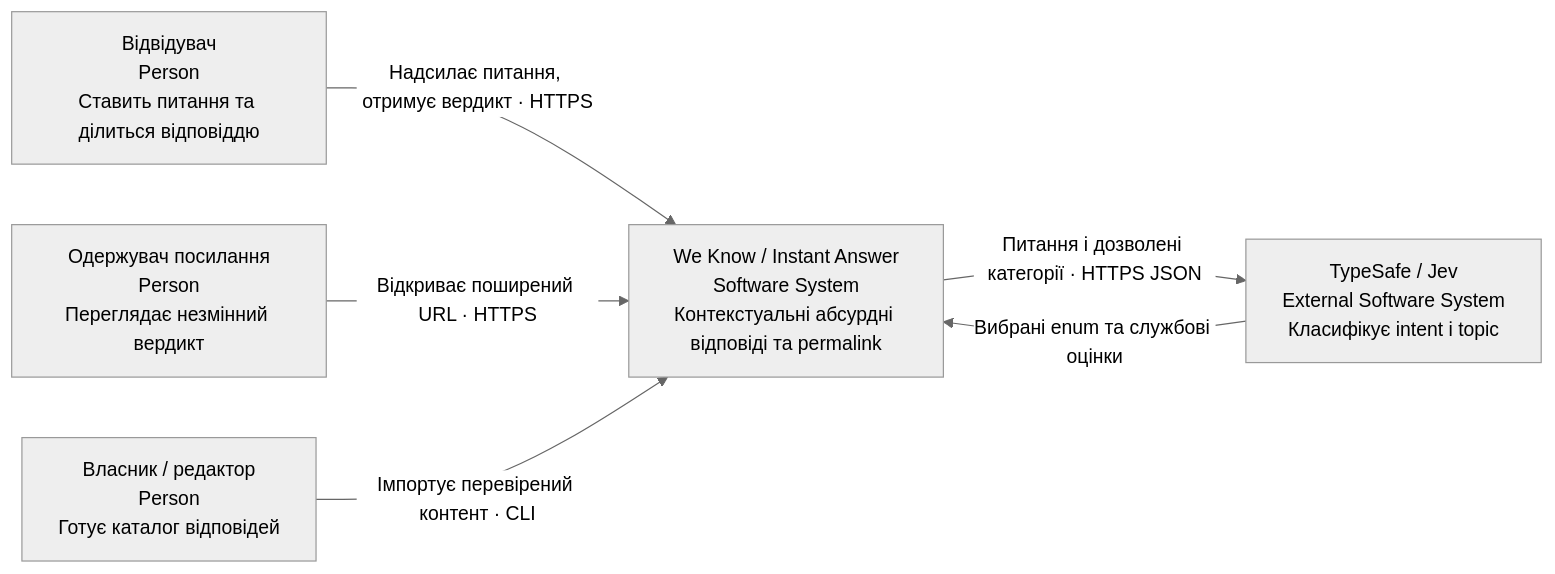
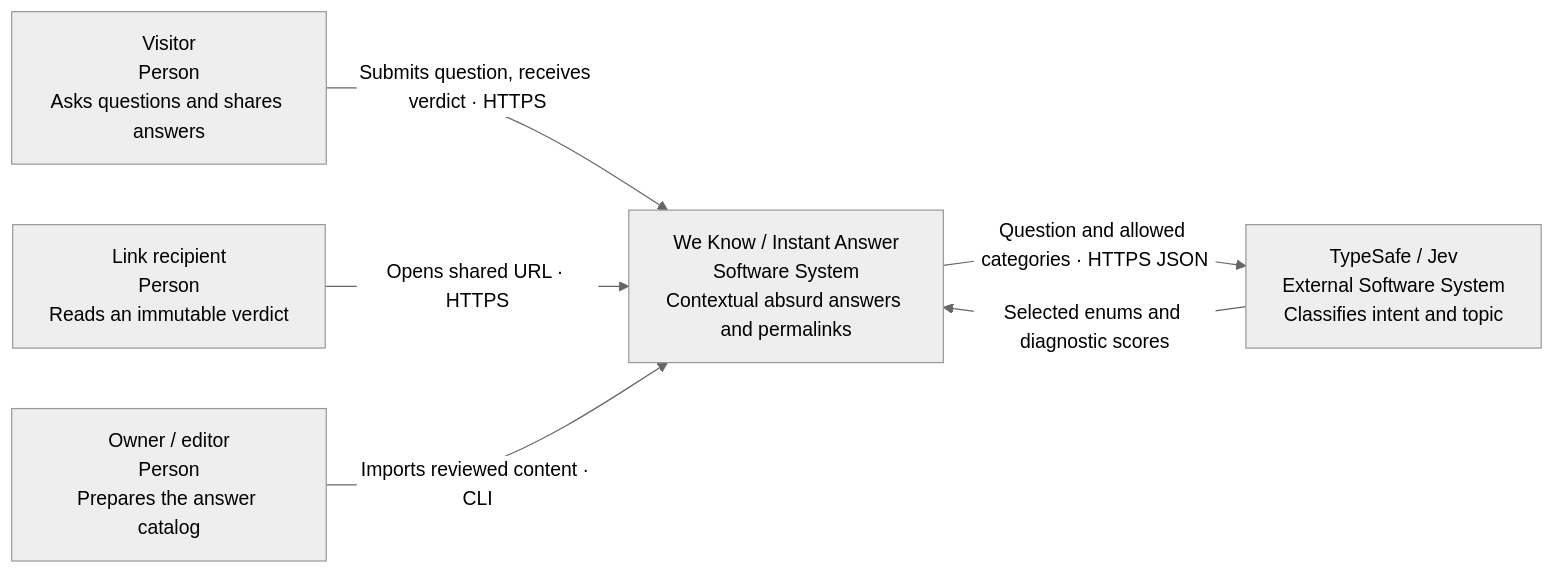
The first of 5 diagrams in docs/architecture/c4.md (guri4ek/we-know), drawn with Mermaid (neutral theme) before and after one commit. The commit also changed other lines of this file and 17 other files, not shown here.

````diff
--- a/docs/architecture/c4.md
+++ b/docs/architecture/c4.md
@@ -9,13 +9,13 @@
 ```mermaid
 flowchart LR
-    visitor["Відвідувач<br/>Person<br/>Ставить питання та ділиться відповіддю"]
-    reader["Одержувач посилання<br/>Person<br/>Переглядає незмінний вердикт"]
-    editor["Власник / редактор<br/>Person<br/>Готує каталог відповідей"]
-    system["We Know / Instant Answer<br/>Software System<br/>Контекстуальні абсурдні відповіді та permalink"]
-    jev["TypeSafe / Jev<br/>External Software System<br/>Класифікує intent і topic"]
-    visitor -->|"Надсилає питання, отримує вердикт · HTTPS"| system
-    reader -->|"Відкриває поширений URL · HTTPS"| system
-    editor -->|"Імпортує перевірений контент · CLI"| system
-    system -->|"Питання і дозволені категорії · HTTPS JSON"| jev
-    jev -->|"Вибрані enum та службові оцінки"| system
+    visitor["Visitor<br/>Person<br/>Asks questions and shares answers"]
+    reader["Link recipient<br/>Person<br/>Reads an immutable verdict"]
+    editor["Owner / editor<br/>Person<br/>Prepares the answer catalog"]
+    system["We Know / Instant Answer<br/>Software System<br/>Contextual absurd answers and permalinks"]
+    jev["TypeSafe / Jev<br/>External Software System<br/>Classifies intent and topic"]
+    visitor -->|"Submits question, receives verdict · HTTPS"| system
+    reader -->|"Opens shared URL · HTTPS"| system
+    editor -->|"Imports reviewed content · CLI"| system
+    system -->|"Question and allowed categories · HTTPS JSON"| jev
+    jev -->|"Selected enums and diagnostic scores"| system
 ```
````
